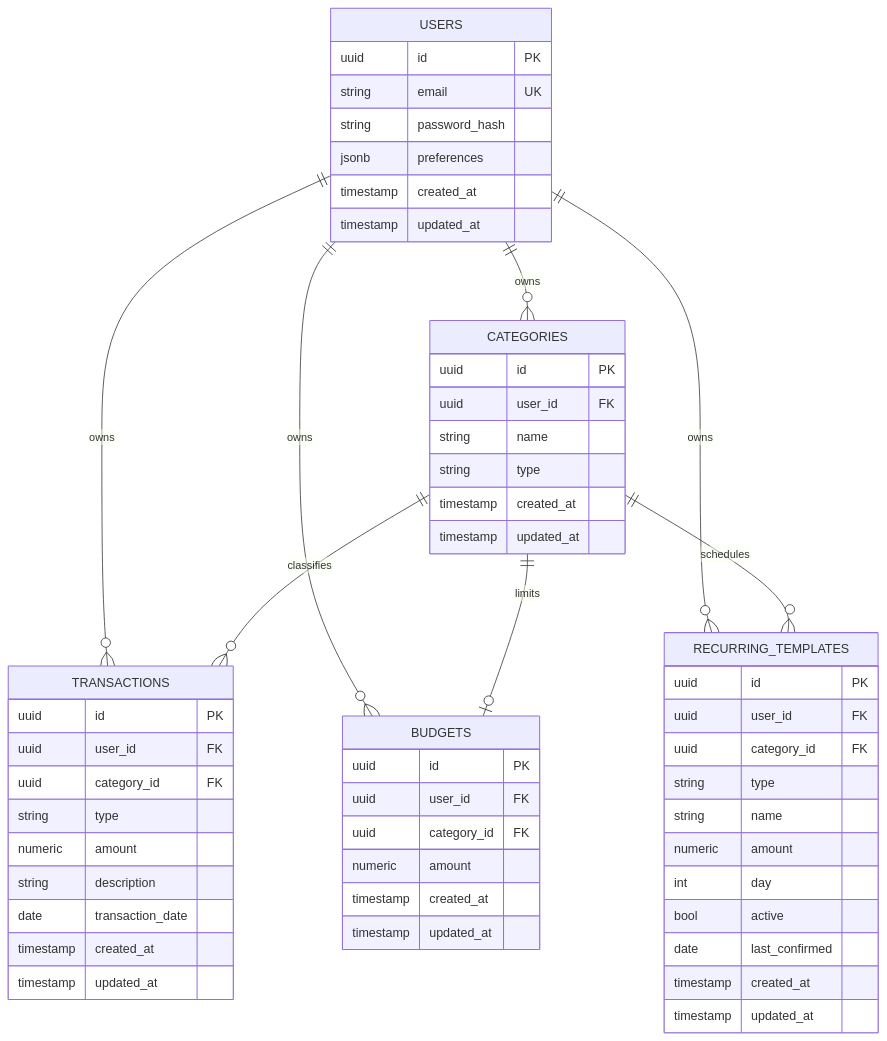
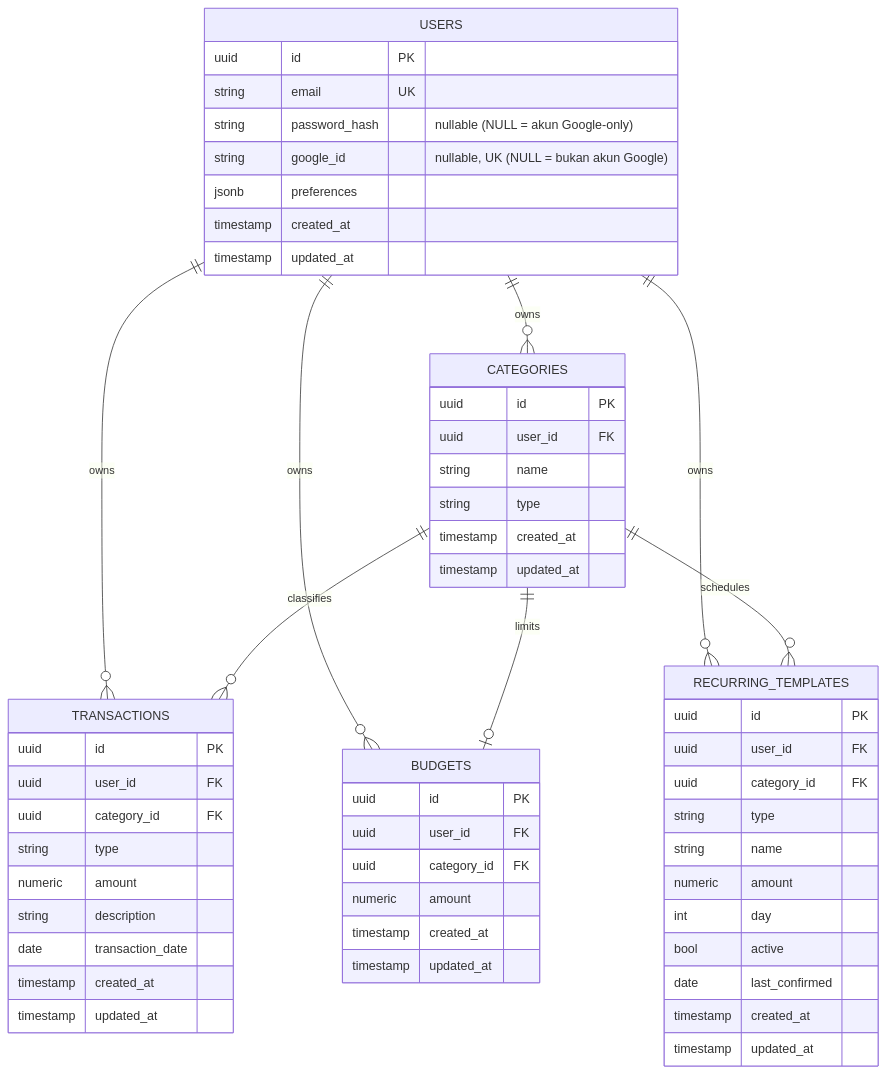
Before and after one commit to kianlabs/uangku: the diagram in docs/erd.md, drawn with Mermaid. The commit also changed 5 other files, not shown here.

````diff
--- a/docs/erd.md
+++ b/docs/erd.md
@@ -83,63 +83,64 @@
 ```mermaid
 erDiagram
     USERS ||--o{ CATEGORIES : owns
     USERS ||--o{ TRANSACTIONS : owns
     USERS ||--o{ BUDGETS : owns
     USERS ||--o{ RECURRING_TEMPLATES : owns
     CATEGORIES ||--o{ TRANSACTIONS : classifies
     CATEGORIES ||--o| BUDGETS : limits
     CATEGORIES ||--o{ RECURRING_TEMPLATES : schedules
 
     USERS {
         uuid id PK
         string email UK
-        string password_hash
+        string password_hash "nullable (NULL = akun Google-only)"
+        string google_id "nullable, UK (NULL = bukan akun Google)"
         jsonb preferences
         timestamp created_at
         timestamp updated_at
     }
 
     CATEGORIES {
         uuid id PK
         uuid user_id FK
         string name
         string type
         timestamp created_at
         timestamp updated_at
     }
 
     TRANSACTIONS {
         uuid id PK
         uuid user_id FK
         uuid category_id FK
         string type
         numeric amount
         string description
         date transaction_date
         timestamp created_at
         timestamp updated_at
     }
 
     BUDGETS {
         uuid id PK
         uuid user_id FK
         uuid category_id FK
         numeric amount
         timestamp created_at
         timestamp updated_at
     }
 
     RECURRING_TEMPLATES {
         uuid id PK
         uuid user_id FK
         uuid category_id FK
         string type
         string name
         numeric amount
         int day
         bool active
         date last_confirmed
         timestamp created_at
         timestamp updated_at
     }
 ```
````
